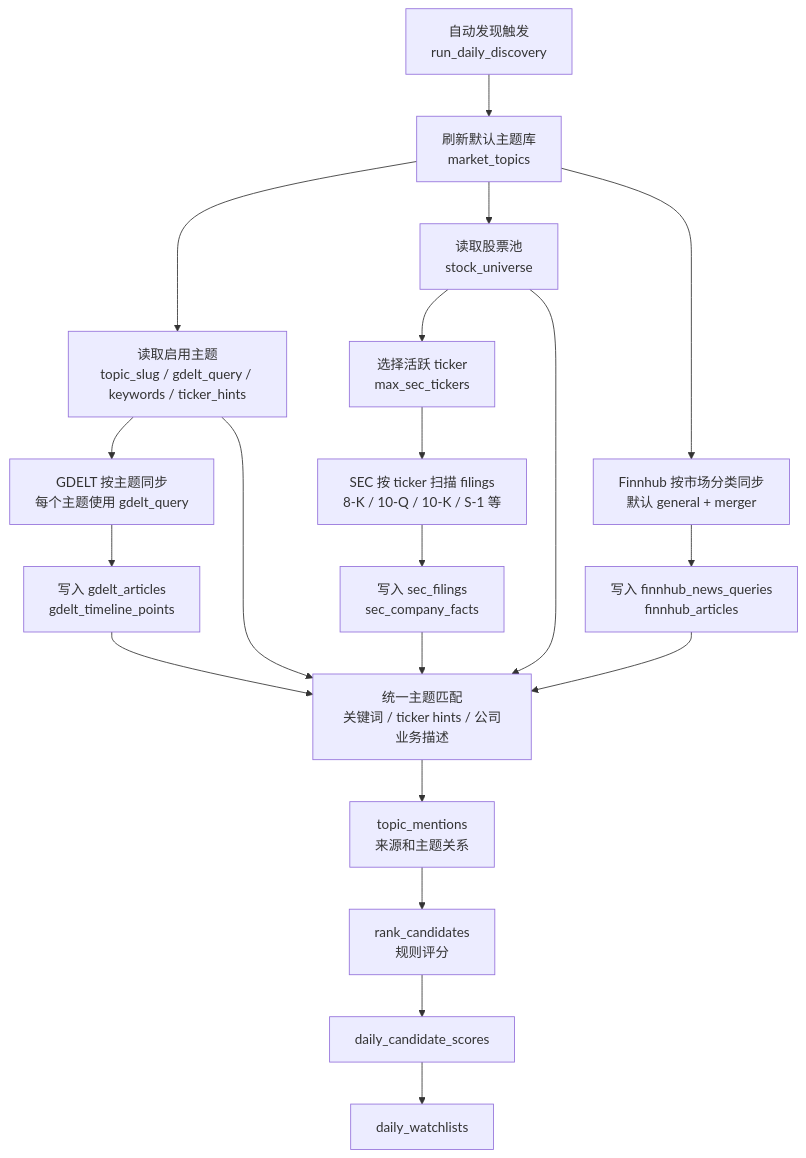
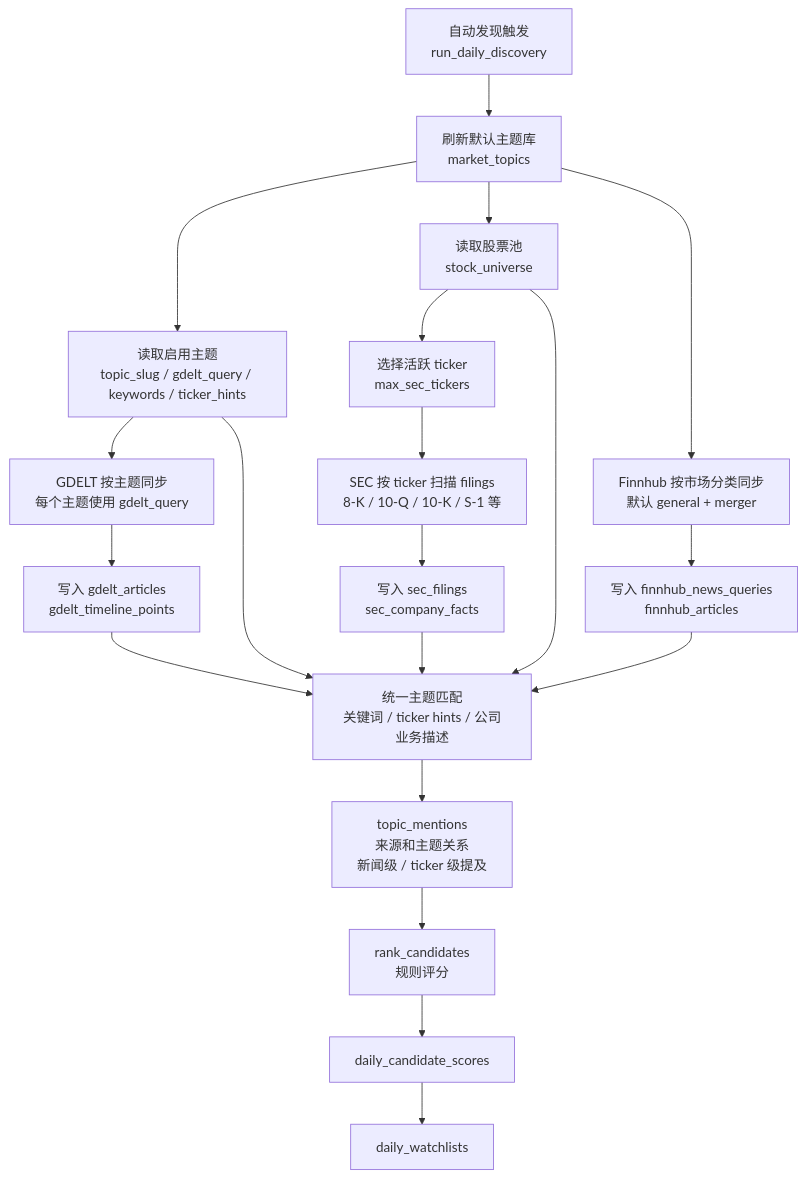
One commit to bobofff/usstock changed the third of 7 diagrams in 项目鸟瞰图.md. Above: the diagram before and after it, drawn with Mermaid. The commit also changed other lines of this file and 11 other files, not shown here.

````diff
--- a/项目鸟瞰图.md
+++ b/项目鸟瞰图.md
@@ -75,27 +75,27 @@
 ```mermaid
 flowchart TB
     Trigger["自动发现触发<br/>run_daily_discovery"] --> Seed["刷新默认主题库<br/>market_topics"]
     Seed --> Topics["读取启用主题<br/>topic_slug / gdelt_query / keywords / ticker_hints"]
     Seed --> Universe["读取股票池<br/>stock_universe"]
 
     Topics --> GdeltMode["GDELT 按主题同步<br/>每个主题使用 gdelt_query"]
     GdeltMode --> GdeltRaw["写入 gdelt_articles<br/>gdelt_timeline_points"]
 
     Seed --> FinnhubMode["Finnhub 按市场分类同步<br/>默认 general + merger"]
     FinnhubMode --> FinnhubRaw["写入 finnhub_news_queries<br/>finnhub_articles"]
 
     Universe --> SecTickers["选择活跃 ticker<br/>max_sec_tickers"]
     SecTickers --> SecMode["SEC 按 ticker 扫描 filings<br/>8-K / 10-Q / 10-K / S-1 等"]
     SecMode --> SecRaw["写入 sec_filings<br/>sec_company_facts"]
 
     GdeltRaw --> Match["统一主题匹配<br/>关键词 / ticker hints / 公司业务描述"]
     FinnhubRaw --> Match
     SecRaw --> Match
     Universe --> Match
     Topics --> Match
 
-    Match --> Mentions["topic_mentions<br/>来源和主题关系"]
+    Match --> Mentions["topic_mentions<br/>来源和主题关系<br/>新闻级 / ticker 级提及"]
     Mentions --> Rank["rank_candidates<br/>规则评分"]
     Rank --> Scores["daily_candidate_scores"]
     Scores --> Watchlists["daily_watchlists"]
 ```
````
